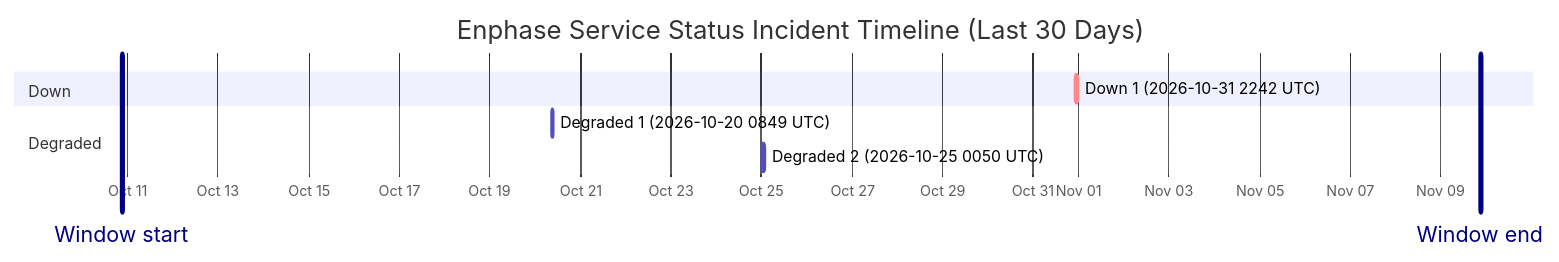
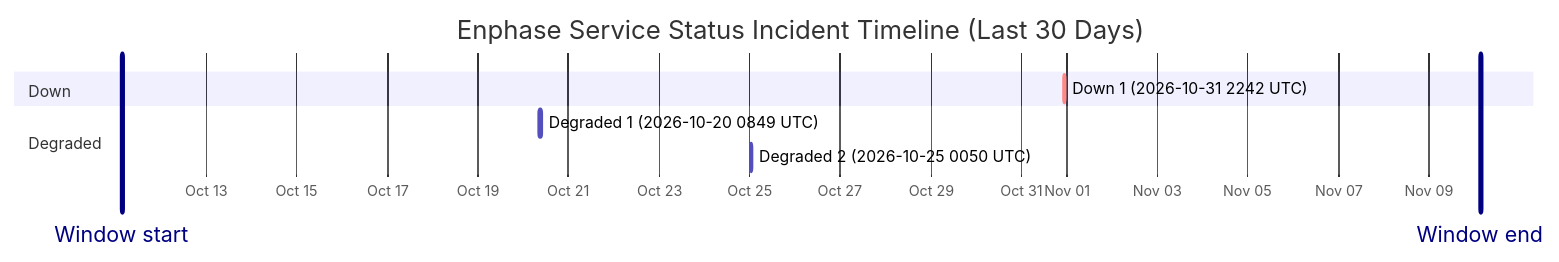
One commit to barneyonline/ha-enphase-energy changed the diagram in wiki/Service-Status-History.md. Above: the diagram before and after it, drawn with Mermaid. The commit also changed other lines of this file and 3 other files, not shown here.

````diff
--- a/wiki/Service-Status-History.md
+++ b/wiki/Service-Status-History.md
@@ -14,13 +14,13 @@
 ```mermaid
 gantt
     title Enphase Service Status Incident Timeline (Last 30 Days)
     dateFormat  YYYY-MM-DDTHH:mm:ss
     axisFormat  %b %d
-    Window start :vert, window-start, 2026-10-10T20:56:18, 0ms
-    Window end :vert, window-end, 2026-11-09T20:56:18, 0ms
+    Window start :vert, window-start, 2026-10-11T03:15:14, 0ms
+    Window end :vert, window-end, 2026-11-10T03:15:14, 0ms
     section Down
     Down 1 (2026-10-31 2242 UTC) :crit, down-1, 2026-10-31T22:42:18, 60m
     section Degraded
     Degraded 1 (2026-10-20 0849 UTC) :active, degraded-1, 2026-10-20T08:49:49, 60m
     Degraded 2 (2026-10-25 0050 UTC) :active, degraded-2, 2026-10-25T00:50:01, 60m
 ```
````
